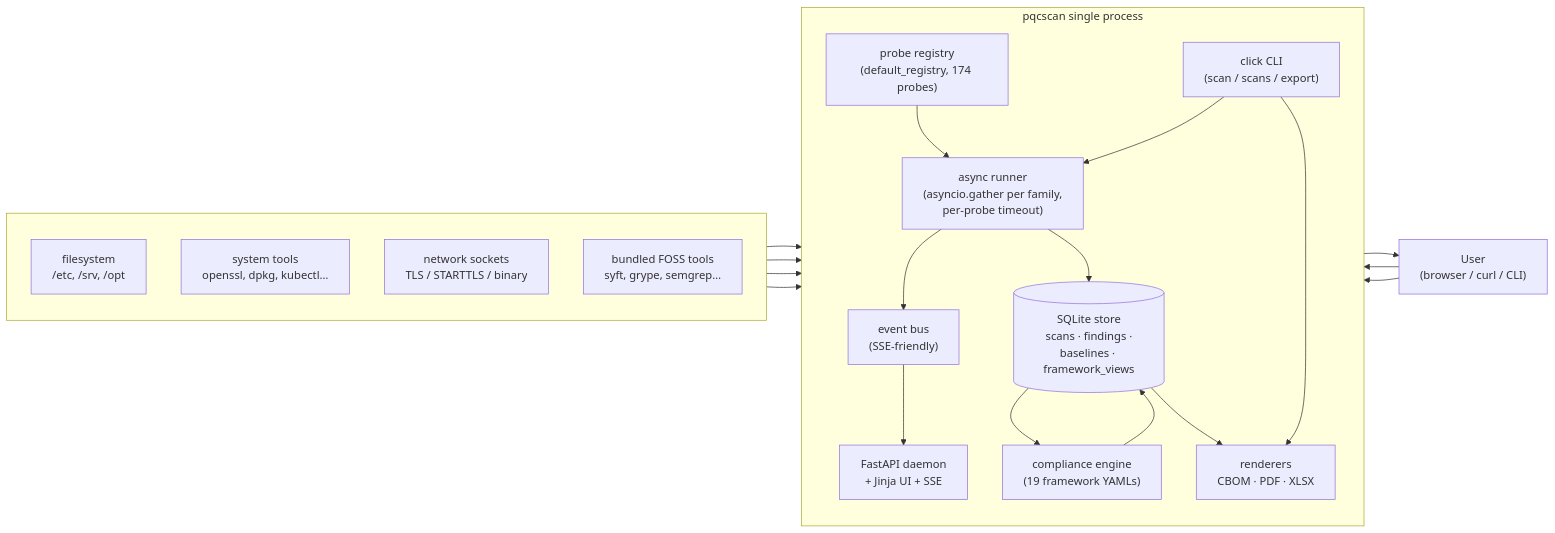
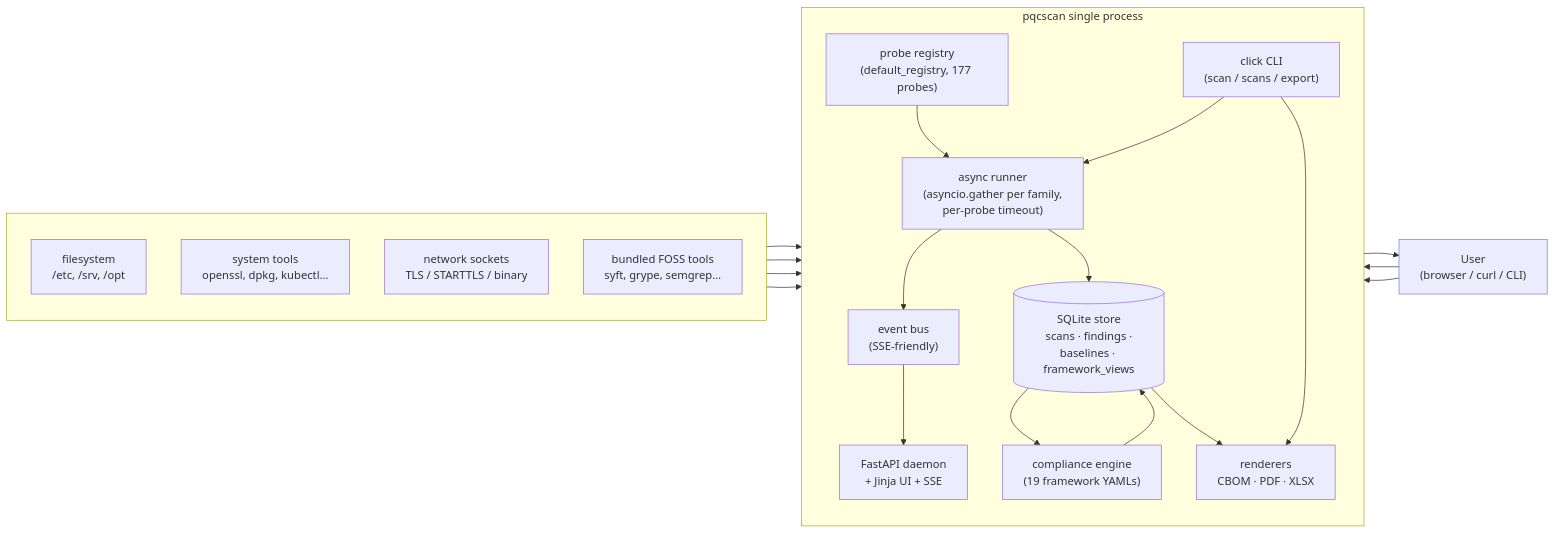
One commit to orengacademy/pqc-scanner2 changed the first of 8 diagrams in README.md. Above: the diagram before and after it, drawn with Mermaid. The commit also changed other lines of this file and 2 other files, not shown here.

First line of the commit message:
docs: correct probe count to 177 (was stale 174 / off-by-one 178th) (#77)

````diff
--- a/README.md
+++ b/README.md
@@ -34,39 +34,39 @@
 ```mermaid
 flowchart LR
     subgraph host[" "]
         direction TB
         FS["filesystem<br/>/etc, /srv, /opt"]
         SYS["system tools<br/>openssl, dpkg, kubectl…"]
         NET["network sockets<br/>TLS / STARTTLS / binary"]
         FOSS["bundled FOSS tools<br/>syft, grype, semgrep…"]
     end
 
     subgraph proc["pqcscan single process"]
         direction TB
-        REG["probe registry<br/>(default_registry, 174 probes)"]
+        REG["probe registry<br/>(default_registry, 177 probes)"]
         RUN["async runner<br/>(asyncio.gather per family,<br/>per-probe timeout)"]
         BUS["event bus<br/>(SSE-friendly)"]
         REPO[("SQLite store<br/>scans · findings ·<br/>baselines · framework_views")]
         COMP["compliance engine<br/>(19 framework YAMLs)"]
         DAEMON["FastAPI daemon<br/>+ Jinja UI + SSE"]
         CLI["click CLI<br/>(scan / scans / export)"]
         REND["renderers<br/>CBOM · PDF · XLSX"]
     end
 
     USER["User<br/>(browser / curl / CLI)"]
 
     FS  --> RUN
     SYS --> RUN
     NET --> RUN
     FOSS --> RUN
     REG --> RUN
     RUN --> BUS --> DAEMON
     RUN --> REPO
     REPO --> COMP --> REPO
     REPO --> REND
     DAEMON --> USER
     CLI   --> RUN
     CLI   --> REND
     USER  --> DAEMON
     USER  --> CLI
 ```
````
